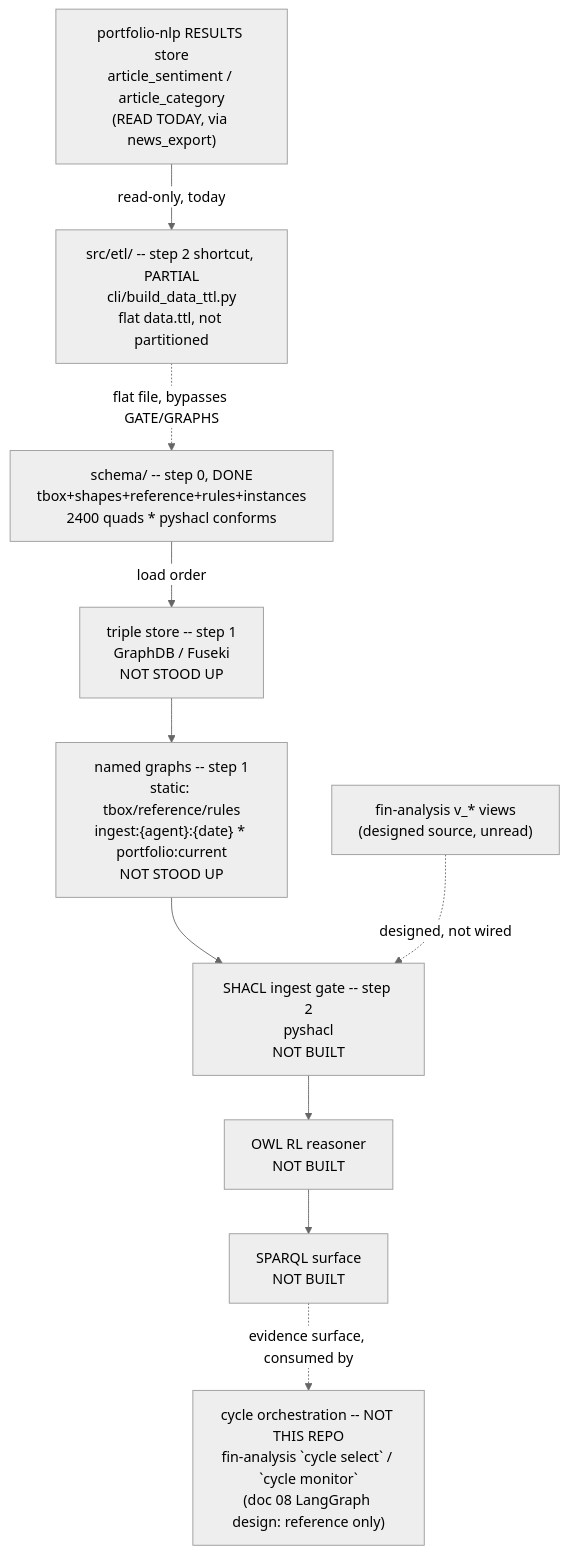
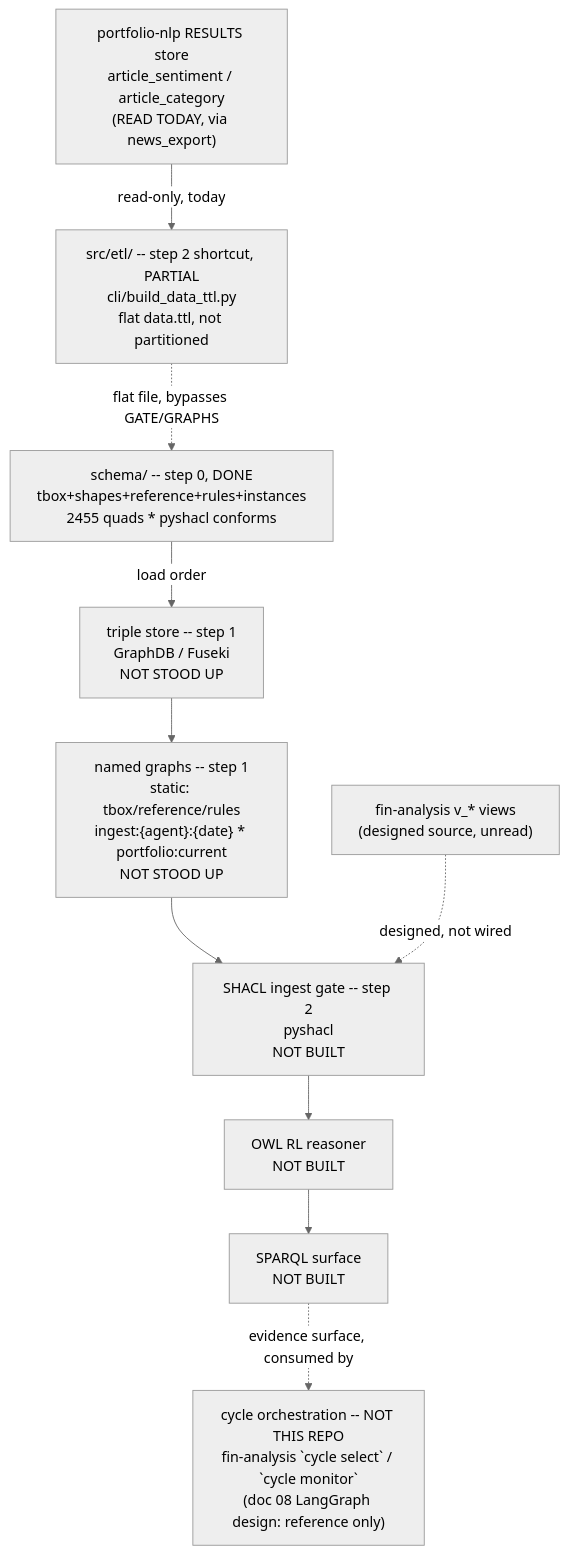
The diagram in .specify/memory/SPEC.md (gamug/portfolio-knowledge-graph), drawn with Mermaid (neutral theme) before and after one commit. The commit also changed other lines of this file and 6 other files, not shown here.

First line of the commit message:
fix(schema): tighten ScoreSnapshotShape after the PR #48 review (T-140)

````diff
--- a/.specify/memory/SPEC.md
+++ b/.specify/memory/SPEC.md
@@ -331,20 +331,20 @@
 ```mermaid
 flowchart TB
-    SCHEMA["schema/ -- step 0, DONE<br/>tbox+shapes+reference+rules+instances<br/>2400 quads * pyshacl conforms"]
+    SCHEMA["schema/ -- step 0, DONE<br/>tbox+shapes+reference+rules+instances<br/>2455 quads * pyshacl conforms"]
     STORE["triple store -- step 1<br/>GraphDB / Fuseki<br/>NOT STOOD UP"]
     GRAPHS["named graphs -- step 1<br/>static: tbox/reference/rules<br/>ingest:{agent}:{date} * portfolio:current<br/>NOT STOOD UP"]
     GATE["SHACL ingest gate -- step 2<br/>pyshacl<br/>NOT BUILT"]
     FIN["fin-analysis v_* views<br/>(designed source, unread)"]
     NLPRES["portfolio-nlp RESULTS store<br/>article_sentiment / article_category<br/>(READ TODAY, via news_export)"]
     ETL["src/etl/ -- step 2 shortcut, PARTIAL<br/>cli/build_data_ttl.py<br/>flat data.ttl, not partitioned"]
     REASON["OWL RL reasoner<br/>NOT BUILT"]
     SPARQL["SPARQL surface<br/>NOT BUILT"]
     AGENTS["cycle orchestration -- NOT THIS REPO<br/>fin-analysis `cycle select` / `cycle monitor`<br/>(doc 08 LangGraph design: reference only)"]
 
     SCHEMA -->|load order| STORE --> GRAPHS --> GATE
     FIN -.->|designed, not wired| GATE
     NLPRES -->|read-only, today| ETL
     ETL -.->|flat file, bypasses GATE/GRAPHS| SCHEMA
     GATE --> REASON --> SPARQL
     SPARQL -.->|evidence surface, consumed by| AGENTS
 ```
````
